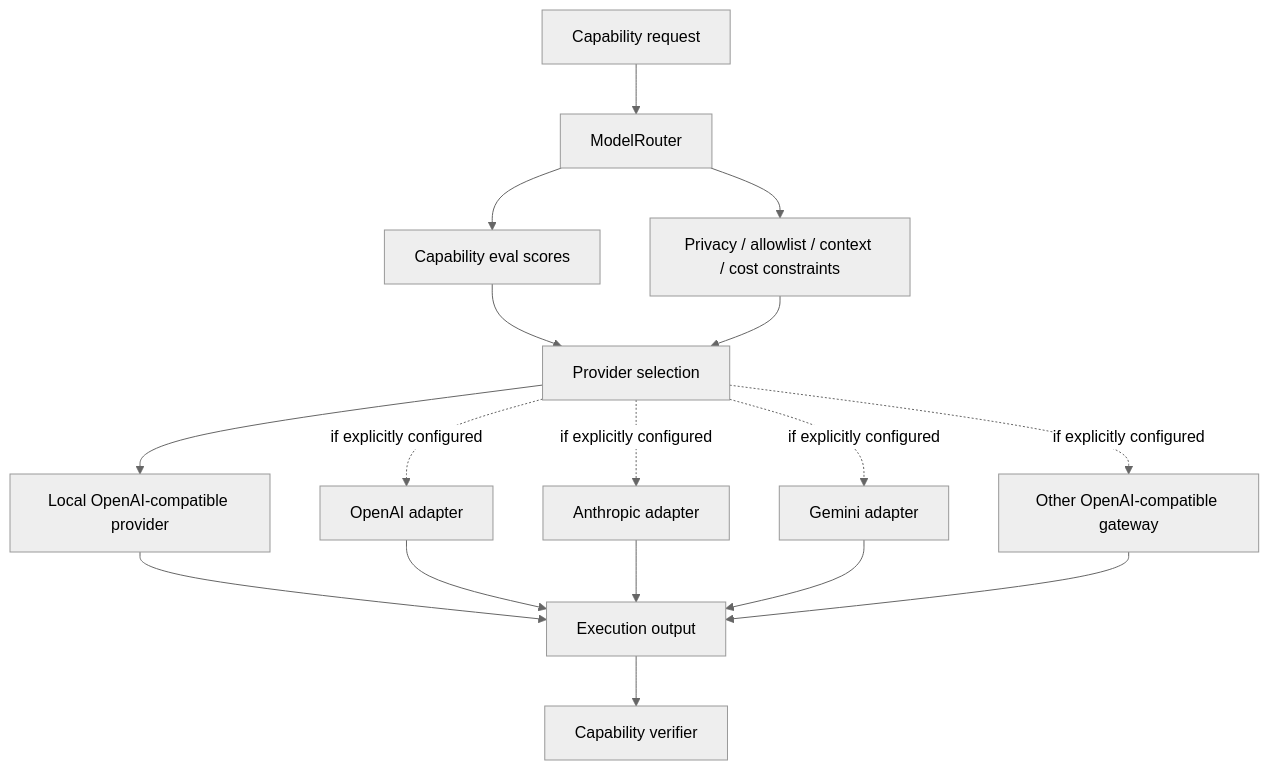
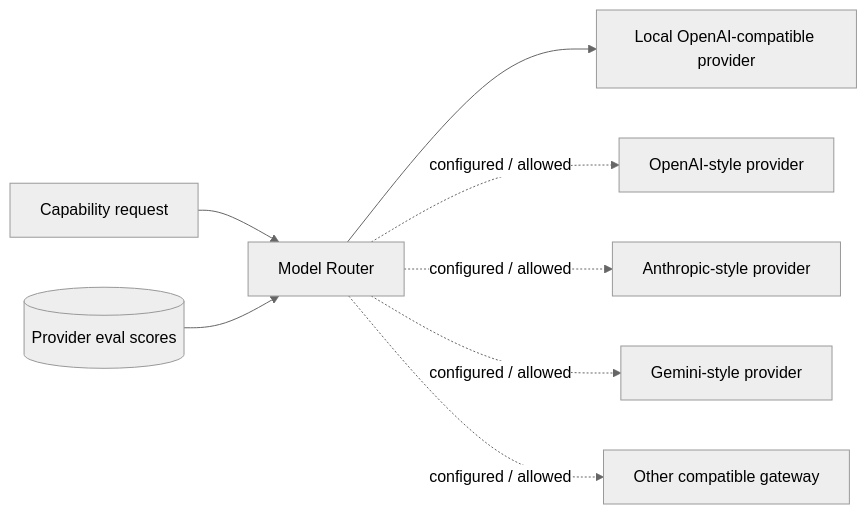
One commit to Keeladin/atlas-agent changed the fifth of 6 diagrams in README.md. Above: the diagram before and after it, drawn with Mermaid (neutral theme). The commit also changed other lines of this file, not shown here.

````diff
--- a/README.md
+++ b/README.md
@@ -311,19 +327,11 @@
 ```mermaid
-flowchart TB
-    CAP[Capability request] --> ROUTER[ModelRouter]
-    ROUTER --> SCORE[Capability eval scores]
-    ROUTER --> PRIV[Privacy / allowlist / context / cost constraints]
-    SCORE --> SELECT[Provider selection]
-    PRIV --> SELECT
-    SELECT --> L[Local OpenAI-compatible provider]
-    SELECT -. if explicitly configured .-> O[OpenAI adapter]
-    SELECT -. if explicitly configured .-> A[Anthropic adapter]
-    SELECT -. if explicitly configured .-> G[Gemini adapter]
-    SELECT -. if explicitly configured .-> X[Other OpenAI-compatible gateway]
-    L --> OUT[Execution output]
-    O --> OUT
-    A --> OUT
-    G --> OUT
-    X --> OUT
-    OUT --> VERIFY[Capability verifier]
+flowchart LR
+    C[Capability request] --> R[Model Router]
+    R --> L[Local OpenAI-compatible provider]
+    R -. configured / allowed .-> O[OpenAI-style provider]
+    R -. configured / allowed .-> A[Anthropic-style provider]
+    R -. configured / allowed .-> G[Gemini-style provider]
+    R -. configured / allowed .-> X[Other compatible gateway]
+
+    S[(Provider eval scores)] --> R
 ```
````
